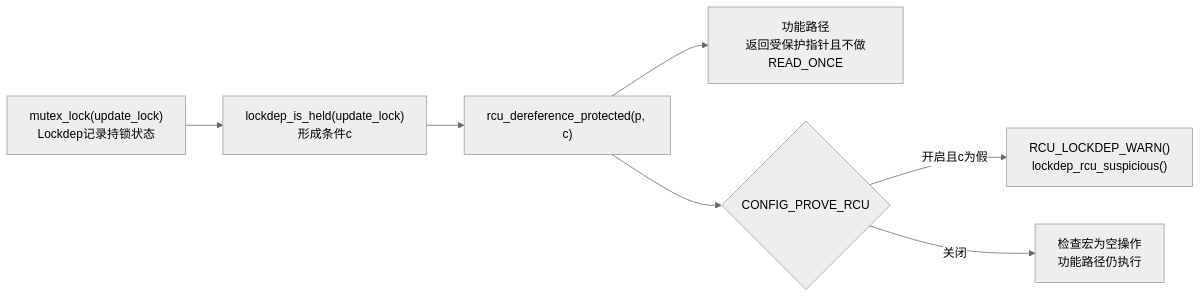
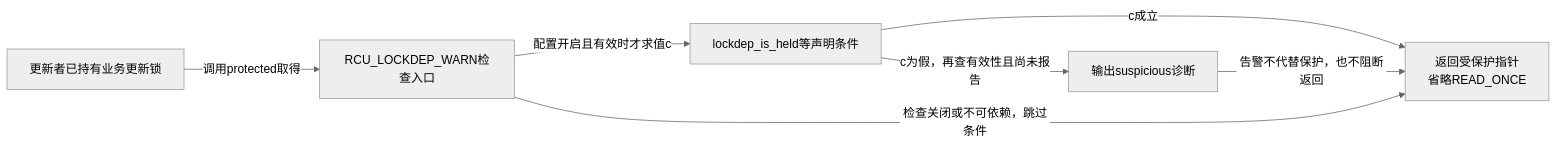
Before and after one commit to FormingSystem/linux_note: the second of 3 diagrams in research/source_reading/rcu/source_explanations/P01_Linux_6.12_RCU_公共接口与检查机制源码详解.md, drawn with Mermaid (neutral theme). The commit also changed other lines of this file and 1 other file, not shown here.

First line of the commit message:
content(rcu/implementation): 补齐公共宏的求值与修改边界

````diff
--- a/research/source_reading/rcu/source_explanations/P01_Linux_6.12_RCU_公共接口与检查机制源码详解.md
+++ b/research/source_reading/rcu/source_explanations/P01_Linux_6.12_RCU_公共接口与检查机制源码详解.md
@@ -239,9 +280,9 @@
 ```mermaid
 flowchart LR
-    A["mutex_lock(update_lock)<br/>Lockdep记录持锁状态"] --> B["lockdep_is_held(update_lock)<br/>形成条件c"]
-    B --> C["rcu_dereference_protected(p, c)"]
-    C --> D["功能路径<br/>返回受保护指针且不做READ_ONCE"]
-    C --> E{"CONFIG_PROVE_RCU"}
-    E -->|"开启且c为假"| F["RCU_LOCKDEP_WARN()<br/>lockdep_rcu_suspicious()"]
-    E -->|"关闭"| G["检查宏为空操作<br/>功能路径仍执行"]
+    A["更新者已持有业务更新锁"] -->|"调用protected取得"| C["RCU_LOCKDEP_WARN检查入口"]
+    C -->|"配置开启且有效时才求值c"| B["lockdep_is_held等声明条件"]
+    B -->|"c为假，再查有效性且尚未报告"| F["输出suspicious诊断"]
+    B -->|"c成立"| D["返回受保护指针<br/>省略READ_ONCE"]
+    F -->|"告警不代替保护，也不阻断返回"| D
+    C -->|"检查关闭或不可依赖，跳过条件"| D
 ```
````
